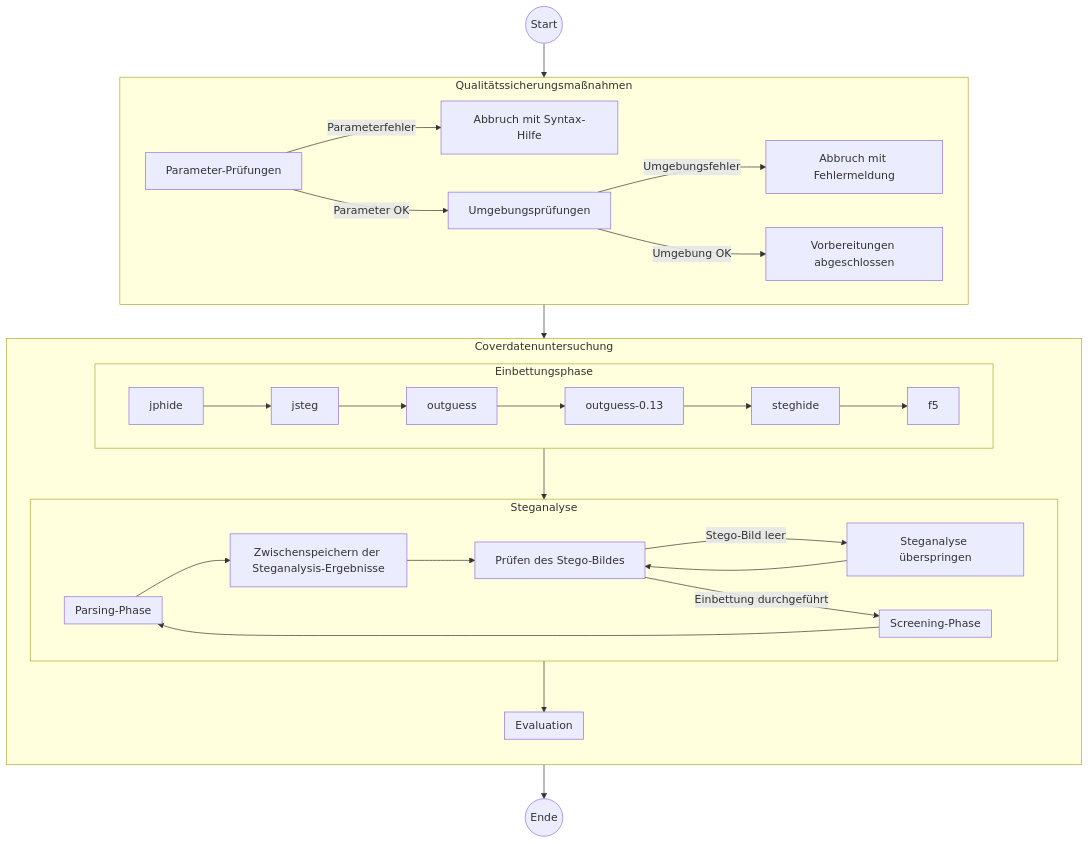
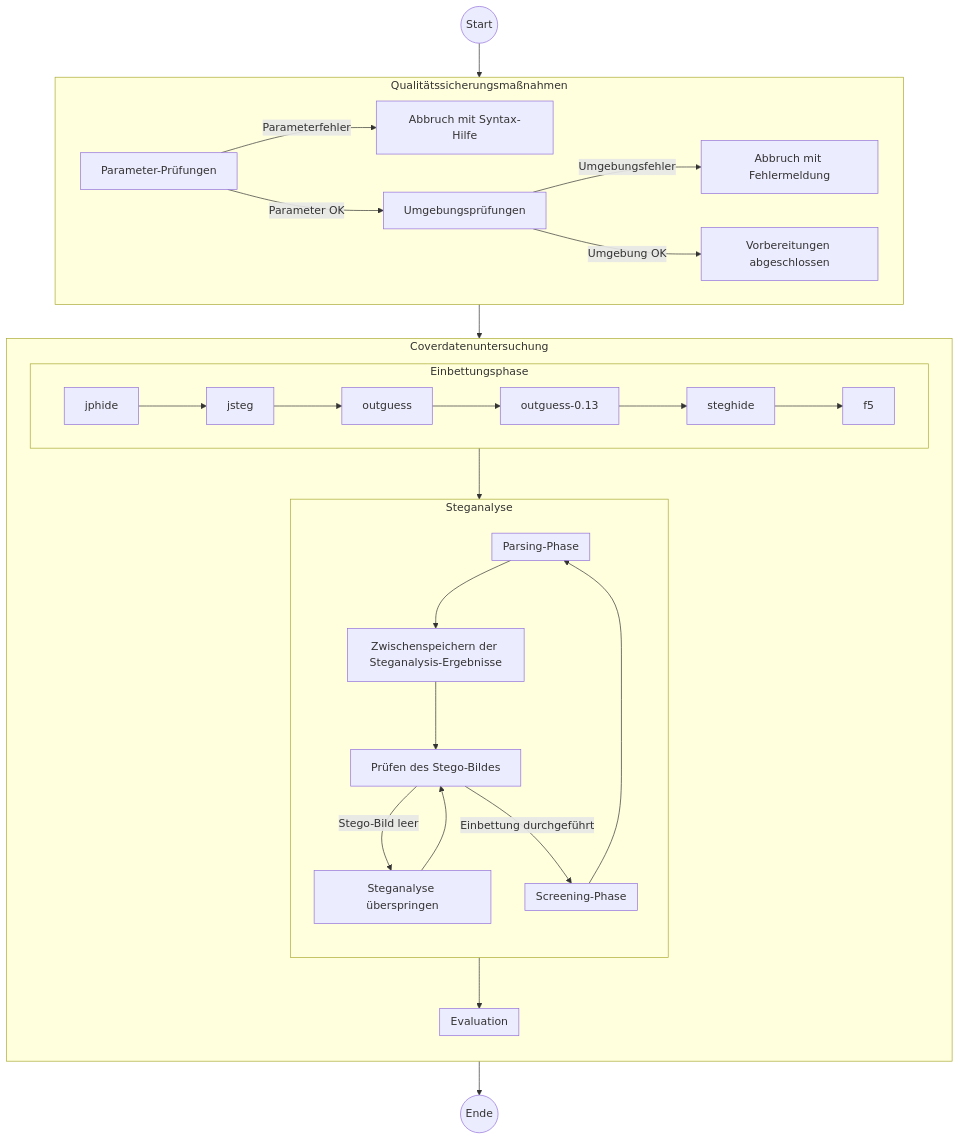
One commit to bh-8/amsl-it-security-projects changed the diagram in SMKITS5/README.md. Above: the diagram before and after it, drawn with Mermaid.

````diff
--- a/SMKITS5/README.md
+++ b/SMKITS5/README.md
@@ -104,61 +104,61 @@
     ```mermaid
     flowchart TB
       start(("Start"))
       subgraph Qualitätssicherungsmaßnahmen
         direction LR
         paramchecks["Parameter-Prüfungen"]
         aborthelp["Abbruch mit Syntax-Hilfe"]
         envchecks["Umgebungsprüfungen"]
         aborterr["Abbruch mit Fehlermeldung"]
         qa["Vorbereitungen abgeschlossen"]
         paramchecks
         paramchecks--"Parameterfehler"-->aborthelp
         paramchecks--"Parameter OK"-->envchecks
         envchecks--"Umgebungsfehler"-->aborterr
         envchecks--"Umgebung OK"-->qa
       end
       subgraph Coverdatenuntersuchung
         direction TB
         subgraph Einbettungsphase
           direction LR
           jphide["jphide"]
           jsteg["jsteg"]
           outguess["outguess"]
           outguess-0.13["outguess-0.13"]
           steghide["steghide"]
           f5["f5"]
           jphide-->jsteg
           jsteg-->outguess
           outguess-->outguess-0.13
           outguess-0.13-->steghide
           steghide-->f5
         end
         subgraph Steganalyse
-          direction LR
+          direction TB
           stegocheck["Prüfen des Stego-Bildes"]
           skipempty["Steganalyse überspringen"]
           subgraph Screening-Phase
           
           end
           subgraph Parsing-Phase
           
           end
           savecsv["Zwischenspeichern der Steganalysis-Ergebnisse"]
           stegocheck--"Stego-Bild leer"-->skipempty
           skipempty-->stegocheck
           stegocheck--"Einbettung durchgeführt"-->Screening-Phase
           Screening-Phase-->Parsing-Phase
           Parsing-Phase-->savecsv
           savecsv-->stegocheck
         end
         subgraph Evaluation
         
         end
         Einbettungsphase-->Steganalyse
         Steganalyse-->Evaluation
       end
       finish(("Ende"))
       start-->Qualitätssicherungsmaßnahmen
       Qualitätssicherungsmaßnahmen-->Coverdatenuntersuchung
       Coverdatenuntersuchung-->finish
     ```  
````
